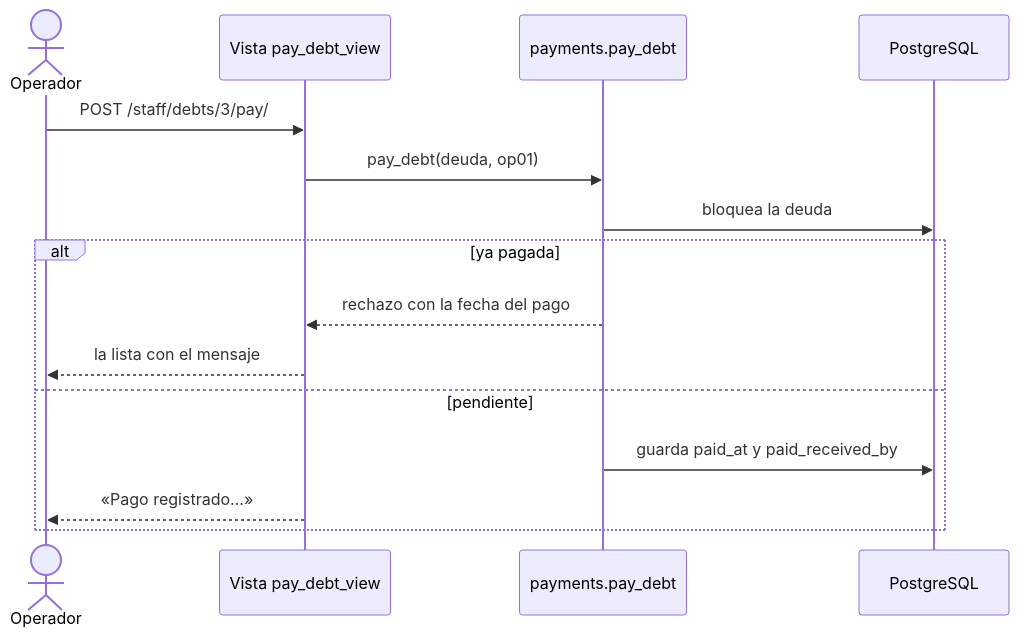
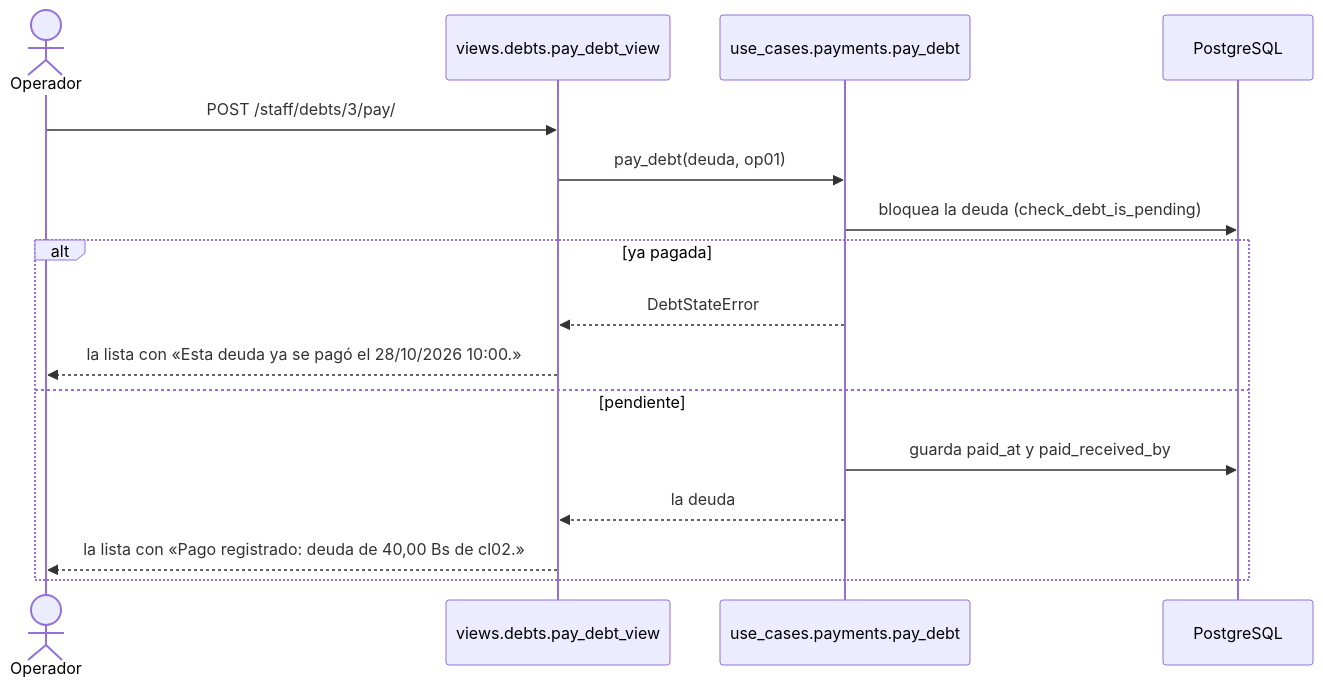
Diagram 12 of 17 in docs/casos-de-uso.md (peterteranb/astra-rent-system), drawn with Mermaid before and after one commit. The commit also changed other lines of this file and 12 other files, not shown here.

Commit message:
docs: final docs index, decisions and checked sequence diagrams

````diff
--- a/docs/casos-de-uso.md
+++ b/docs/casos-de-uso.md
@@ -484,17 +600,18 @@
 ```mermaid
 sequenceDiagram
     actor O as Operador
-    participant V as Vista pay_debt_view
-    participant U as payments.pay_debt
+    participant V as views.debts.pay_debt_view
+    participant U as use_cases.payments.pay_debt
     participant BD as PostgreSQL
     O->>V: POST /staff/debts/3/pay/
     V->>U: pay_debt(deuda, op01)
-    U->>BD: bloquea la deuda
+    U->>BD: bloquea la deuda (check_debt_is_pending)
     alt ya pagada
-        U-->>V: rechazo con la fecha del pago
-        V-->>O: la lista con el mensaje
+        U-->>V: DebtStateError
+        V-->>O: la lista con «Esta deuda ya se pagó el 28/10/2026 10:00.»
     else pendiente
         U->>BD: guarda paid_at y paid_received_by
-        V-->>O: «Pago registrado…»
+        U-->>V: la deuda
+        V-->>O: la lista con «Pago registrado: deuda de 40,00 Bs de cl02.»
     end
 ```
````
